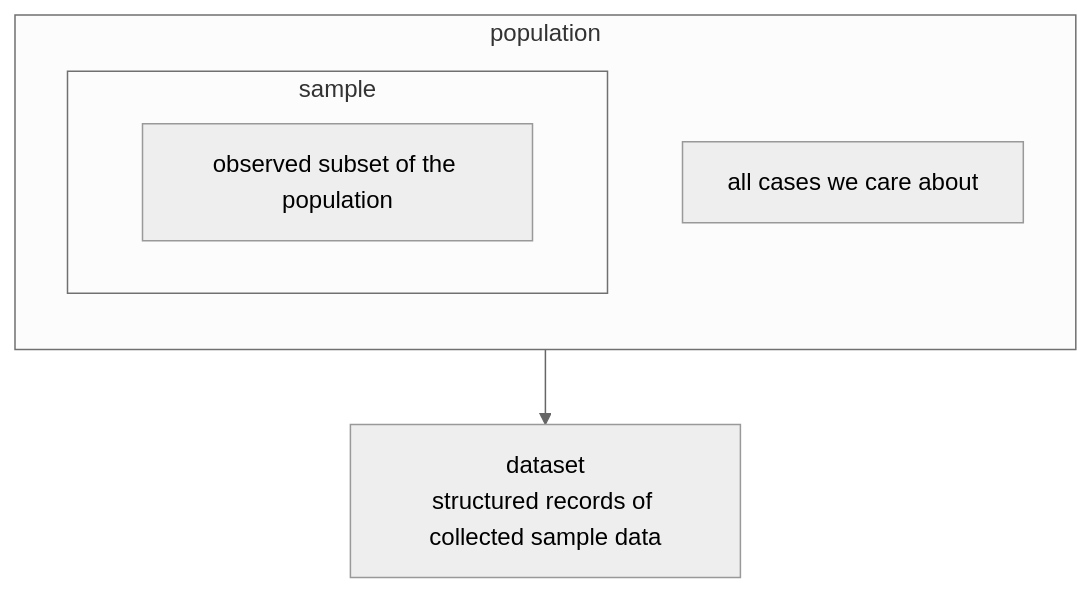
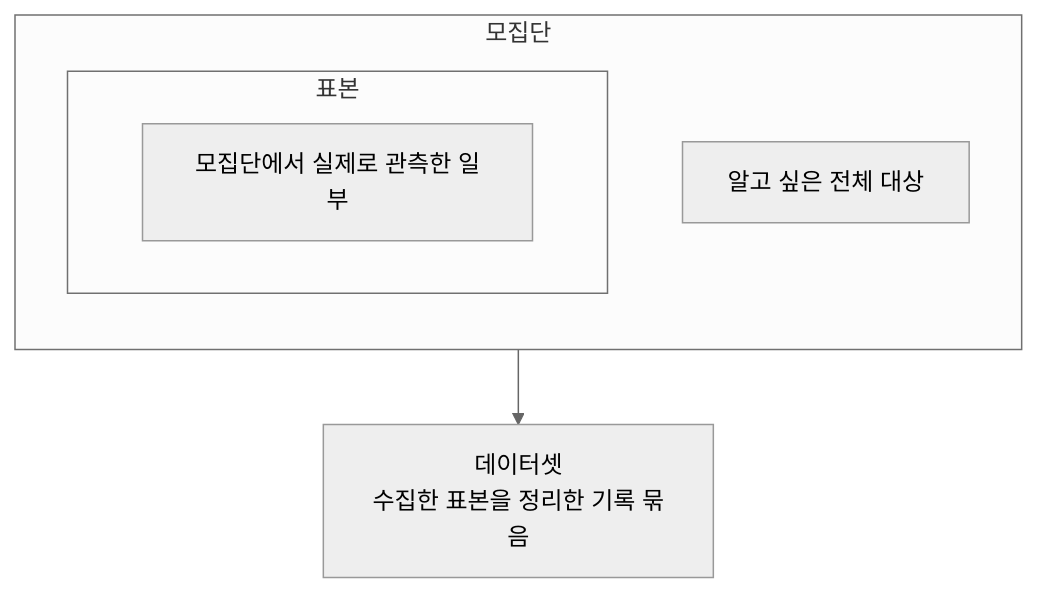
The first of 2 diagrams in docs/parts/part-02/chapter-05/section-03.md (devchan64/AiBook), drawn with Mermaid (neutral theme) before and after one commit. The commit also changed other lines of this file and 29 other files, not shown here.

Commit message:
docs: localize part 2 diagrams and locale asset links

````diff
--- a/docs/parts/part-02/chapter-05/section-03.md
+++ b/docs/parts/part-02/chapter-05/section-03.md
@@ -106,12 +106,12 @@
 ```mermaid
 flowchart TD
-  subgraph P["population"]
+  subgraph P["모집단"]
     direction TB
-    P1["all cases we care about"]
-    subgraph S["sample"]
-      S1["observed subset of the population"]
+    P1["알고 싶은 전체 대상"]
+    subgraph S["표본"]
+      S1["모집단에서 실제로 관측한 일부"]
     end
   end
 
-  S --> D["dataset<br/>structured records of collected sample data"]
+  S --> D["데이터셋<br/>수집한 표본을 정리한 기록 묶음"]
 ```
````
